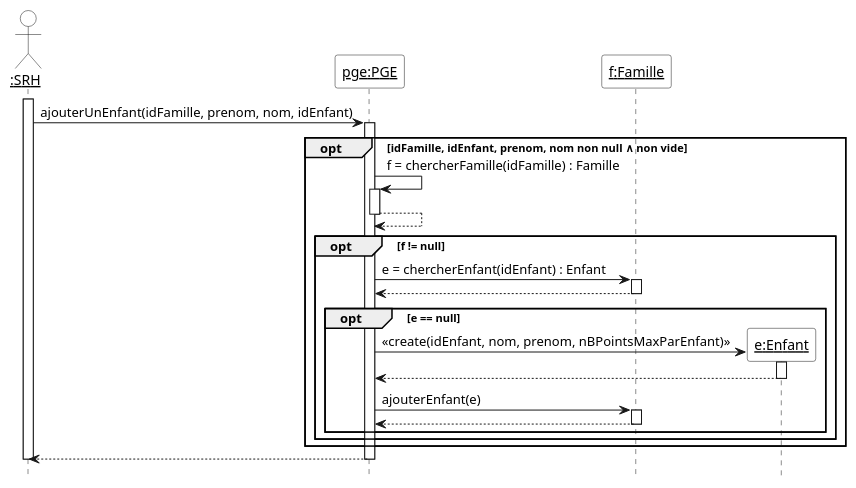
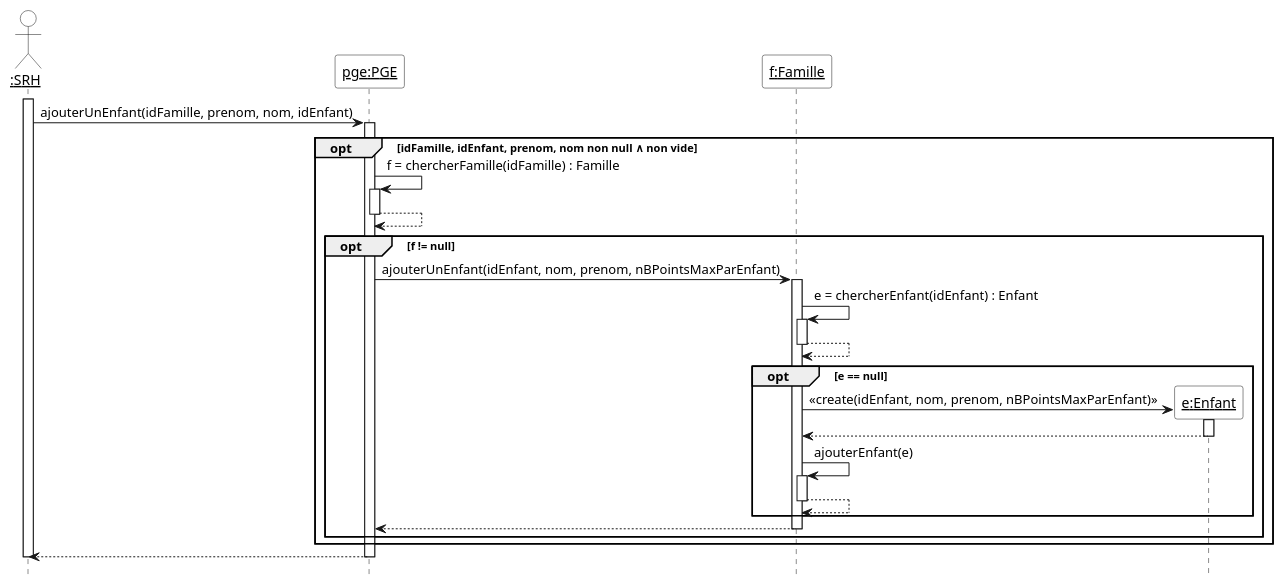
Before and after one commit to yasminebelmaaziz/dev_logiciel: the diagram in Diagrammes/pge_uml_diag_seq_ajouter_un_enfant_V2.pu, drawn with PlantUML. The commit also changed 3 other files, not shown here.

```diff
--- a/Diagrammes/pge_uml_diag_seq_ajouter_un_enfant_V2.pu
+++ b/Diagrammes/pge_uml_diag_seq_ajouter_un_enfant_V2.pu
@@ -1,34 +1,38 @@
 @startuml
 hide footbox
 skinparam sequenceParticipantBackgroundColor White
 skinparam sequenceActorBackgroundColor White
 
 actor "__:SRH__" as srh
 participant "__pge:PGE__" as pge
 participant "__f:Famille__" as f
 
 activate srh
 srh -> pge ++ : ajouterUnEnfant(idFamille, prenom, nom, idEnfant)
 
 opt idFamille, idEnfant, prenom, nom non null ∧ non vide
   pge -> pge ++ : f = chercherFamille(idFamille) : Famille
   return
 
   opt f != null
-    pge -> f ++ : e = chercherEnfant(idEnfant) : Enfant
+    pge -> f ++ : ajouterUnEnfant(idEnfant, nom, prenom, nBPointsMaxParEnfant)
+    f -> f ++ : e = chercherEnfant(idEnfant) : Enfant
     return
 
     opt e == null
       create "__e:Enfant__" as e
-      pge -> e ++ : <<create(idEnfant, nom, prenom, nBPointsMaxParEnfant)>>
+      f -> e ++ : <<create(idEnfant, nom, prenom, nBPointsMaxParEnfant)>>
       return
 
-      pge -> f ++ : ajouterEnfant(e)
+      f -> f ++ : ajouterEnfant(e)
       return
     end
+    
+    return
+    
   end
 end
 
 return
 deactivate srh
 @enduml
```
